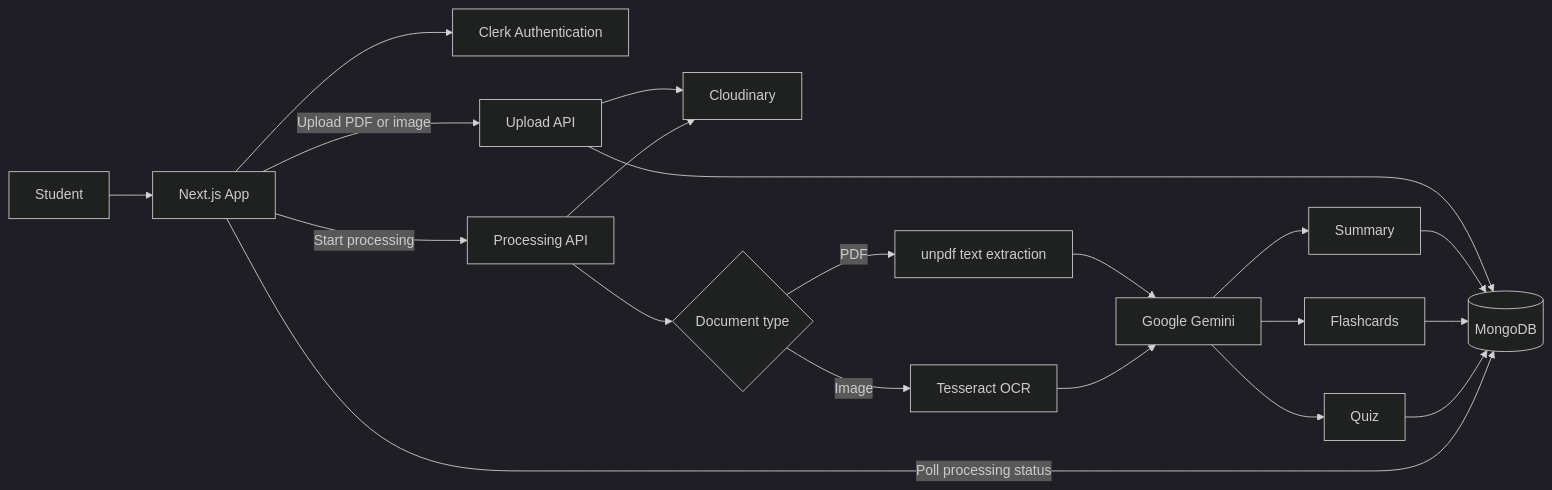
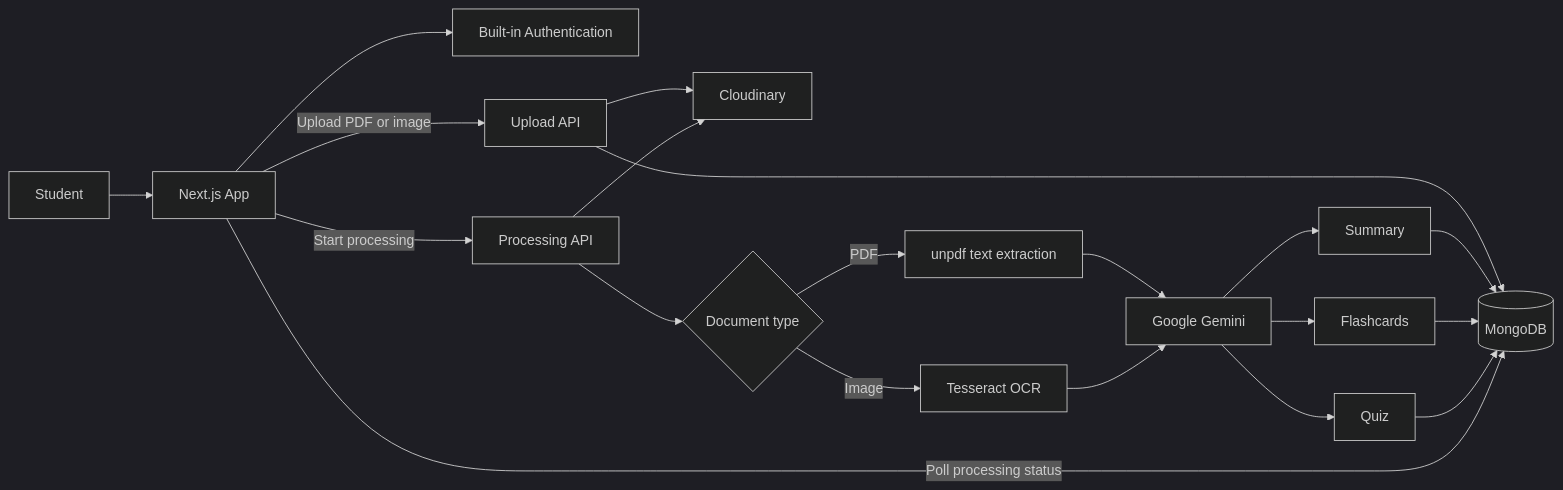
The diagram in README.md (princej928/ai-study-assistant), drawn with Mermaid (dark theme) before and after one commit. The commit also changed other lines of this file and 22 other files, not shown here.

Commit message:
Replace Clerk with built-in authentication

````diff
--- a/README.md
+++ b/README.md
@@ -32,22 +32,22 @@
 ```mermaid
 flowchart LR
     U[Student] --> W[Next.js App]
-    W --> A[Clerk Authentication]
+    W --> A[Built-in Authentication]
     W -->|Upload PDF or image| UP[Upload API]
     UP --> C[Cloudinary]
     UP --> M[(MongoDB)]
     W -->|Start processing| P[Processing API]
     P --> C
     P --> X{Document type}
     X -->|PDF| PDF[unpdf text extraction]
     X -->|Image| OCR[Tesseract OCR]
     PDF --> G[Google Gemini]
     OCR --> G
     G --> S[Summary]
     G --> F[Flashcards]
     G --> Q[Quiz]
     S --> M
     F --> M
     Q --> M
     W -->|Poll processing status| M
 ```
````
